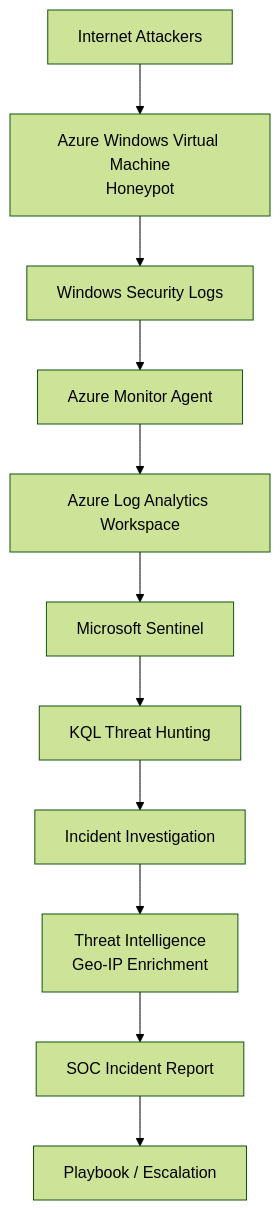
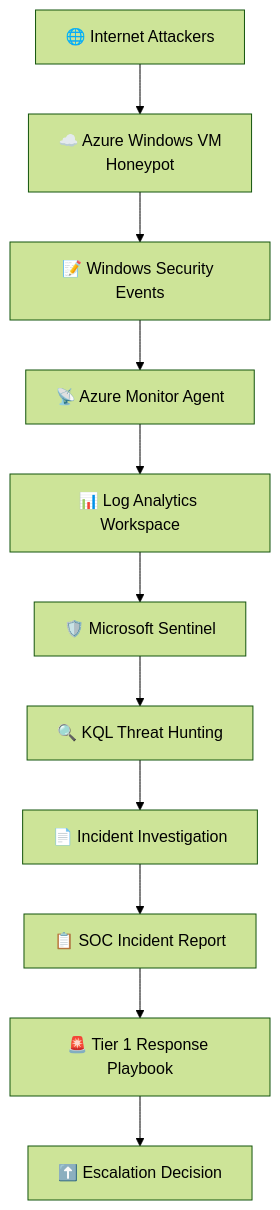
One commit to sachinpatil-soc/Microsoft-Sentinel-Lab changed the diagram in 00_README.md. Above: the diagram before and after it, drawn with Mermaid (forest theme). The commit also changed other lines of this file, not shown here.

First line of the commit message:
Revise README for SOC investigation clarity and detail

````diff
--- a/00_README.md
+++ b/00_README.md
@@ -97,23 +107,13 @@
 ```mermaid
-flowchart TD
-
-A[Internet Attackers] --> B[Azure Windows Virtual Machine<br/>Honeypot]
-
-B --> C[Windows Security Logs]
-
-C --> D[Azure Monitor Agent]
-
-D --> E[Azure Log Analytics Workspace]
-
-E --> F[Microsoft Sentinel]
-
-F --> G[KQL Threat Hunting]
-
-G --> H[Incident Investigation]
-
-H --> I[Threat Intelligence<br/>Geo-IP Enrichment]
-
-I --> J[SOC Incident Report]
-
-J --> K[Playbook / Escalation]
+graph TD
+A[🌐 Internet Attackers] --> B[☁️ Azure Windows VM<br/>Honeypot]
+B --> C[📝 Windows Security Events]
+C --> D[📡 Azure Monitor Agent]
+D --> E[📊 Log Analytics Workspace]
+E --> F[🛡️ Microsoft Sentinel]
+F --> G[🔍 KQL Threat Hunting]
+G --> H[📄 Incident Investigation]
+H --> I[📋 SOC Incident Report]
+I --> J[🚨 Tier 1 Response Playbook]
+J --> K[⬆️ Escalation Decision]
 ```
````
